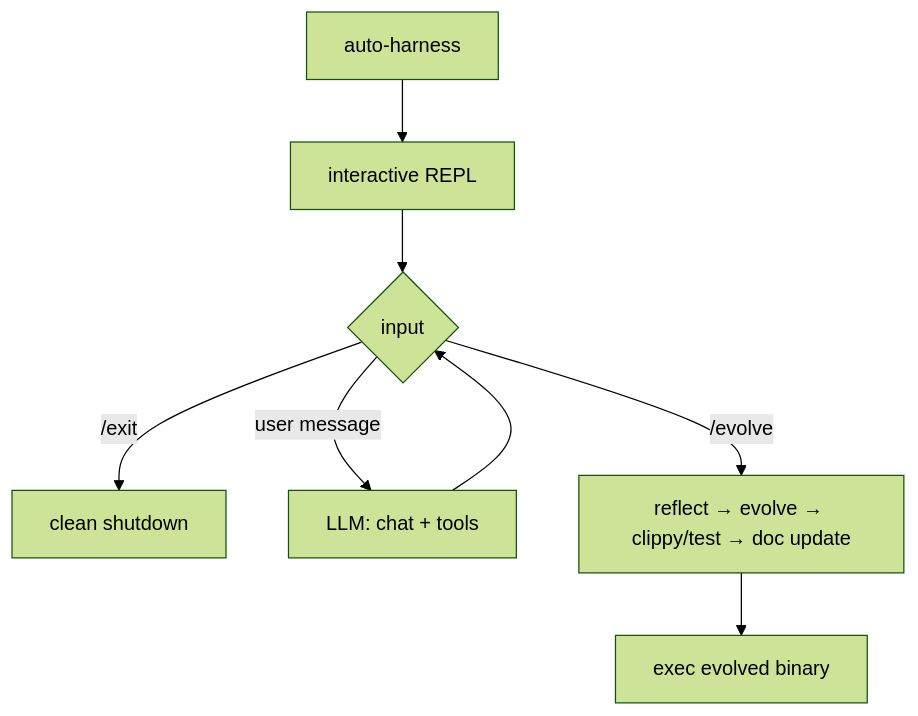
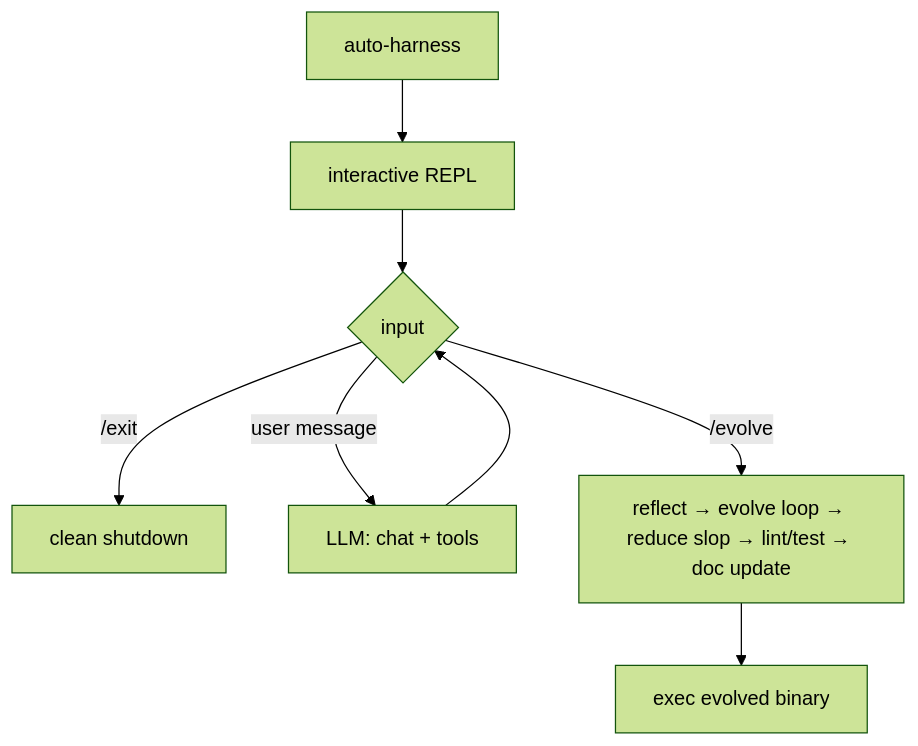
The diagram in README.md (Engineering4AI/AutoHarness), drawn with Mermaid (forest theme) before and after one commit. The commit also changed other lines of this file and 3 other files, not shown here.

````diff
--- a/README.md
+++ b/README.md
@@ -57,10 +57,10 @@
 ```mermaid
 flowchart TD
     A[auto-harness] --> B[interactive REPL]
     B --> C{input}
     C -->|/exit| Z[clean shutdown]
     C -->|user message| E[LLM: chat + tools]
     E --> C
-    C -->|/evolve| D[reflect → evolve → clippy/test → doc update]
+    C -->|/evolve| D[reflect → evolve loop → reduce slop → lint/test → doc update]
     D --> R[exec evolved binary]
 ```
````
